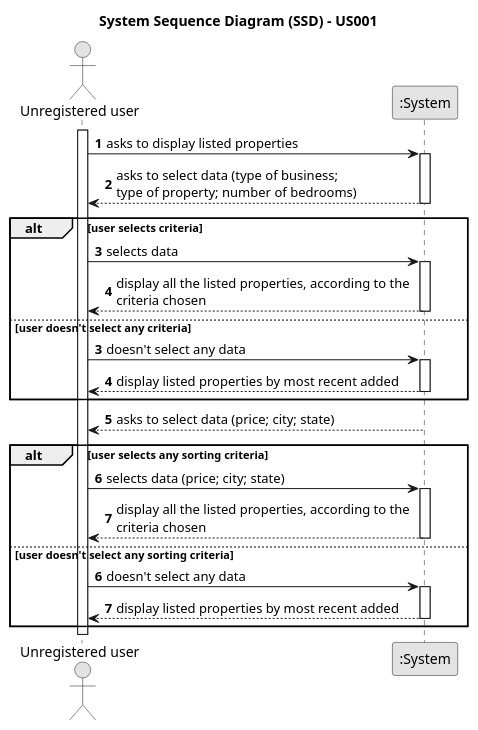
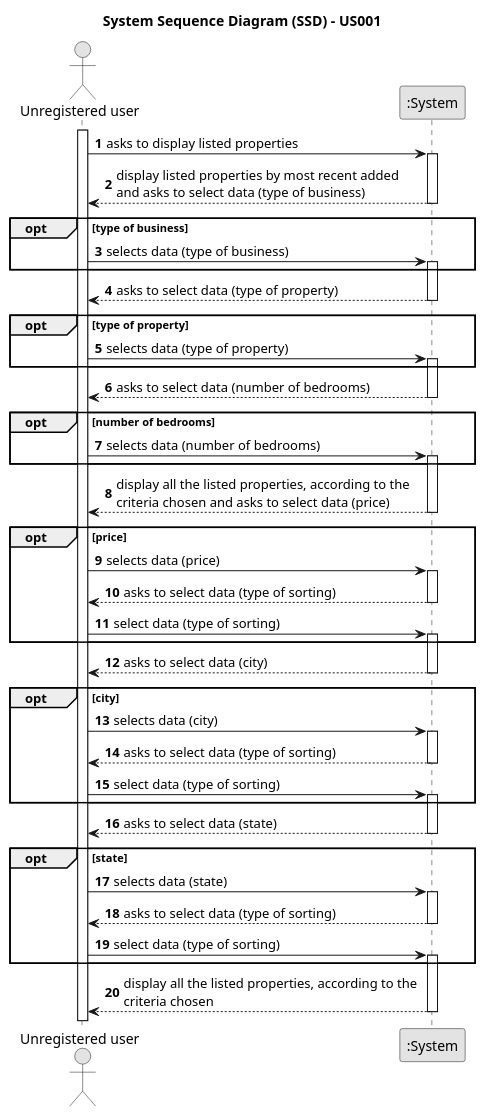
One commit to rita-barbosa/LAPR2-2223 changed the diagram in docs/sprintB/us001/01.requirements-engineering/puml/us001-system-sequence-diagram.puml. Above: the diagram before and after it, drawn with PlantUML.

Commit message:
Update System Sequence Diagram [US001][Requirements Engineering].

```diff
--- a/docs/sprintB/us001/01.requirements-engineering/puml/us001-system-sequence-diagram.puml
+++ b/docs/sprintB/us001/01.requirements-engineering/puml/us001-system-sequence-diagram.puml
@@ -1,64 +1,88 @@
 @startuml
 skinparam monochrome true
 skinparam packageStyle rectangle
 skinparam shadowing false
 
 title System Sequence Diagram (SSD) - US001
 
 autonumber
 
 actor "Unregistered user" as User
 participant ":System" as System
 
 activate User
 
     User -> System : asks to display listed properties
     activate System
 
-    System --> User : asks to select data (type of business; \ntype of property; number of bedrooms)
+    System --> User : display listed properties by most recent added \nand asks to select data (type of business)
     deactivate System
 
-    alt user selects criteria
-        User -> System : selects data
+    opt type of business
+        User -> System : selects data (type of business)
         activate System
+    end
 
-        System --> User : display all the listed properties, according to the \ncriteria chosen
+    System --> User : asks to select data (type of property)
         deactivate System
 
-    else user doesn't select any criteria
+    opt type of property
+        User -> System : selects data (type of property)
+        activate System
+    end
 
-        autonumber 3
-
-        User -> System : doesn't select any data
-        activate System
-
-        System --> User : display listed properties by most recent added
+    System --> User : asks to select data (number of bedrooms)
         deactivate System
 
+    opt number of bedrooms
+        User -> System : selects data (number of bedrooms)
+        activate System
     end
 
-
-    System --> User : asks to select data (price; city; state)
-           deactivate System
-
-    alt user selects any sorting criteria
-        User -> System : selects data (price; city; state)
-                    activate System
-
-            System --> User : display all the listed properties, according to the \ncriteria chosen
-            deactivate System
-
-    else user doesn't select any sorting criteria
-
-        autonumber 6
-
-        User -> System : doesn't select any data
-        activate System
-
-        System --> User : display listed properties by most recent added
+    System --> User : display all the listed properties, according to the \ncriteria chosen and asks to select data (price)
         deactivate System
 
+    opt price
+       User -> System : selects data (price)
+       activate System
+
+       System --> User :  asks to select data (type of sorting)
+       deactivate System
+
+       User -> System : select data (type of sorting)
+       activate System
     end
+
+    System --> User : asks to select data (city)
+        deactivate System
+
+    opt city
+       User -> System : selects data (city)
+       activate System
+
+       System --> User :  asks to select data (type of sorting)
+       deactivate System
+
+       User -> System : select data (type of sorting)
+       activate System
+    end
+
+    System --> User : asks to select data (state)
+        deactivate System
+
+    opt state
+       User -> System : selects data (state)
+       activate System
+
+       System --> User :  asks to select data (type of sorting)
+       deactivate System
+
+       User -> System : select data (type of sorting)
+       activate System
+    end
+
+    System --> User : display all the listed properties, according to the \ncriteria chosen
+        deactivate System
 
 
 @enduml
```
